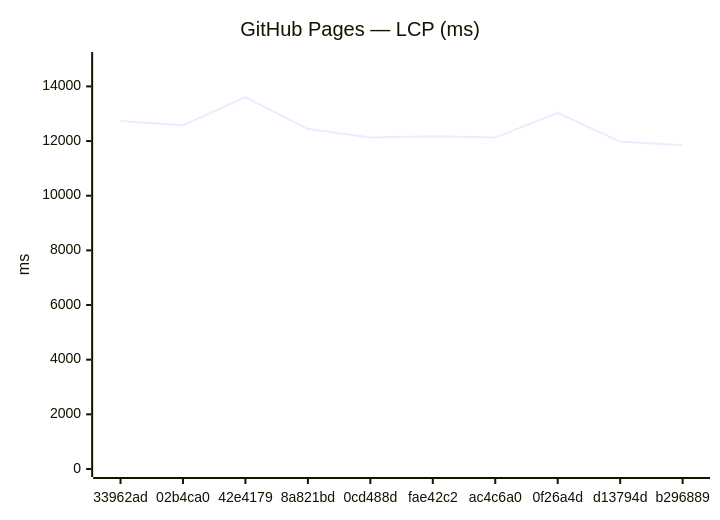
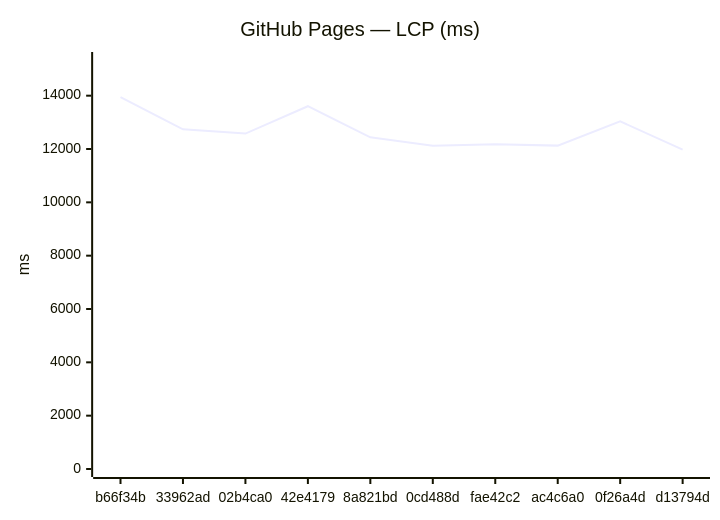
The third of 18 diagrams in benchmarks/compare.md (Metaheurist/Rianell), drawn with Mermaid before and after one commit. The commit also changed other lines of this file and 11 other files, not shown here.

````diff
--- a/benchmarks/compare.md
+++ b/benchmarks/compare.md
@@ -54,7 +54,7 @@
 ```mermaid
 xychart-beta
     title "GitHub Pages — LCP (ms)"
-    x-axis ["33962ad", "02b4ca0", "42e4179", "8a821bd", "0cd488d", "fae42c2", "ac4c6a0", "0f26a4d", "d13794d", "b296889"]
-    y-axis "ms" 0 --> 14966
-    line [12738, 12578, 13605, 12438, 12126, 12180, 12127, 13036, 11979, 11847]
+    x-axis ["b66f34b", "33962ad", "02b4ca0", "42e4179", "8a821bd", "0cd488d", "fae42c2", "ac4c6a0", "0f26a4d", "d13794d"]
+    y-axis "ms" 0 --> 15338
+    line [13943, 12738, 12578, 13605, 12438, 12126, 12180, 12127, 13036, 11979]
 ```
````
